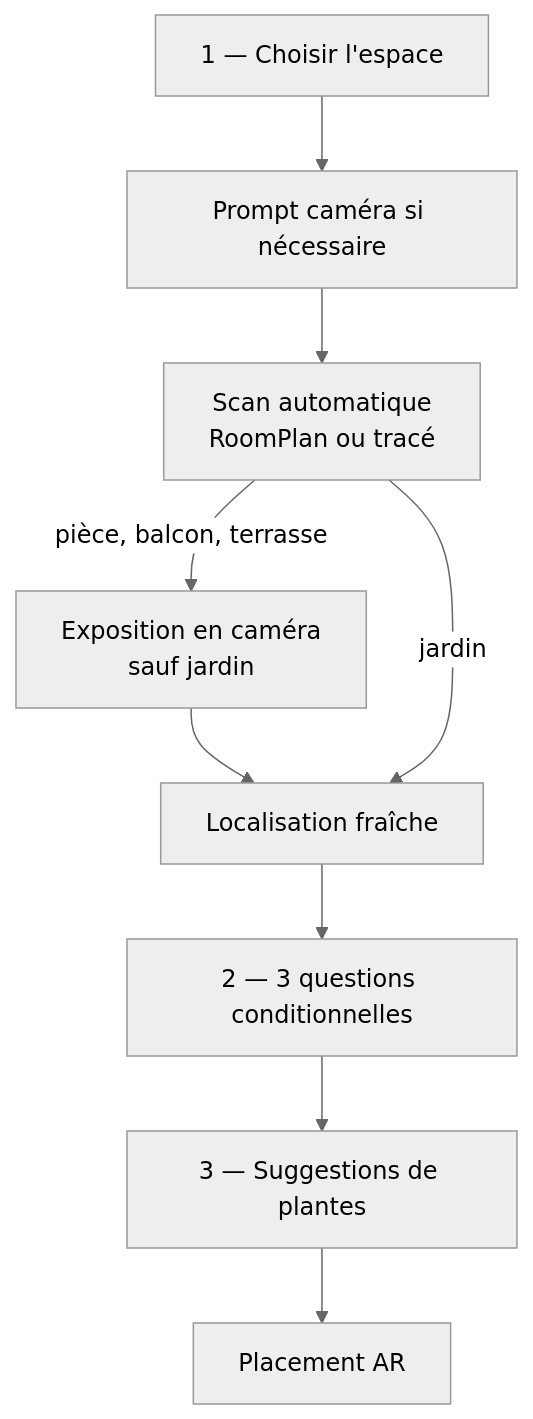
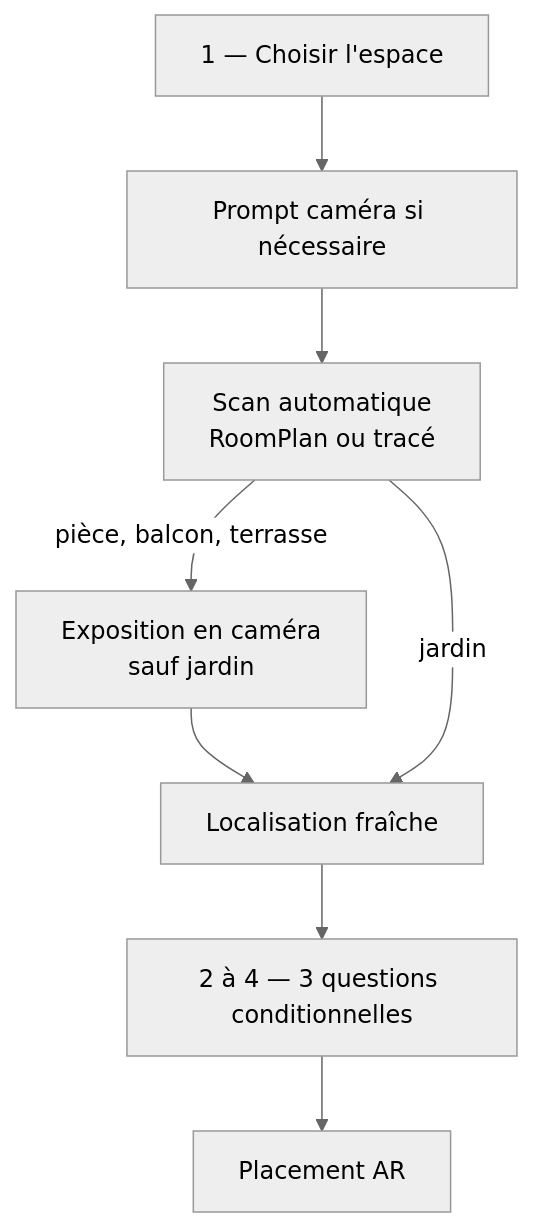
The diagram in docs/fr/screens/questionnaire-wizard.md (ArboreTeam/Arbore), drawn with Mermaid (neutral theme) before and after one commit. The commit also changed other lines of this file and 136 other files, not shown here.

````diff
--- a/docs/fr/screens/questionnaire-wizard.md
+++ b/docs/fr/screens/questionnaire-wizard.md
@@ -22,16 +21,15 @@
 ```mermaid
 flowchart TB
     space["1 — Choisir l'espace"]
     permission["Prompt caméra si nécessaire"]
     scan["Scan automatique<br/>RoomPlan ou tracé"]
     exposure["Exposition en caméra<br/>sauf jardin"]
     location["Localisation fraîche"]
-    questions["2 — 3 questions conditionnelles"]
-    ai["3 — Suggestions de plantes"]
+    questions["2 à 4 — 3 questions conditionnelles"]
     placement["Placement AR"]
 
     space --> permission --> scan
     scan -->|pièce, balcon, terrasse| exposure --> location
     scan -->|jardin| location
-    location --> questions --> ai --> placement
+    location --> questions --> placement
 ```
````
